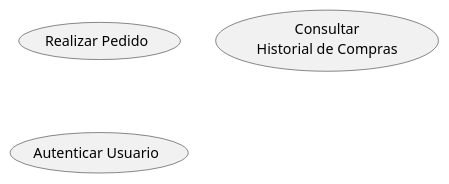
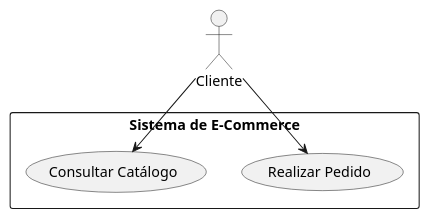
Before and after one commit to gaaguirrer/Clases: the ninth of 26 diagrams in Ingeniería del Software I/Materiales/Introducción casos de uso.md, drawn with PlantUML. The commit also changed other lines of this file and 14 other files, not shown here.

````diff
--- a/Ingeniería del Software I/Materiales/Introducción casos de uso.md
+++ b/Ingeniería del Software I/Materiales/Introducción casos de uso.md
@@ -204,7 +257,11 @@
 ```plantuml
 @startuml
-(Realizar Pedido)
-usecase "Consultar\nHistorial de Compras" as CH
-usecase "Autenticar Usuario" as AU
+rectangle "Sistema de E-Commerce" {
+  (Realizar Pedido)
+  (Consultar Catálogo)
+}
+
+:Cliente: --> (Realizar Pedido)
+:Cliente: --> (Consultar Catálogo)
 @enduml
 ```
````
